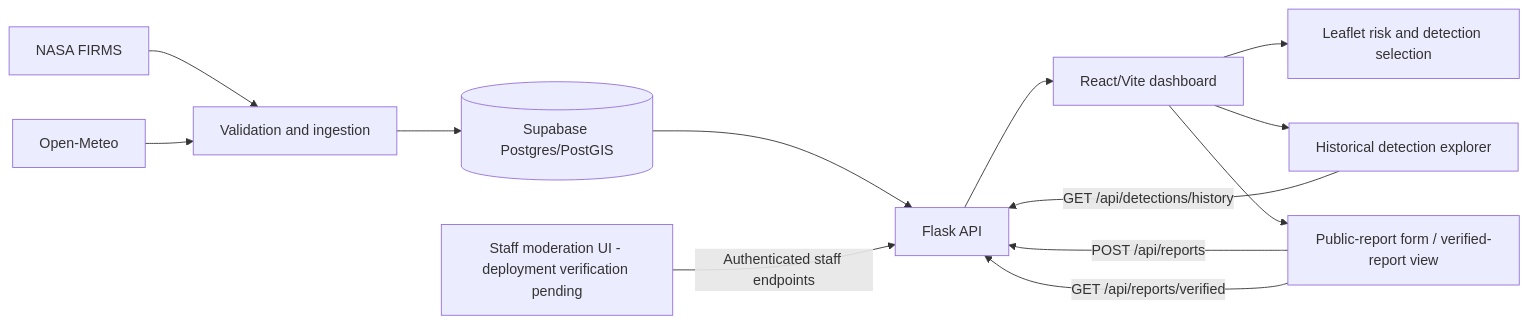
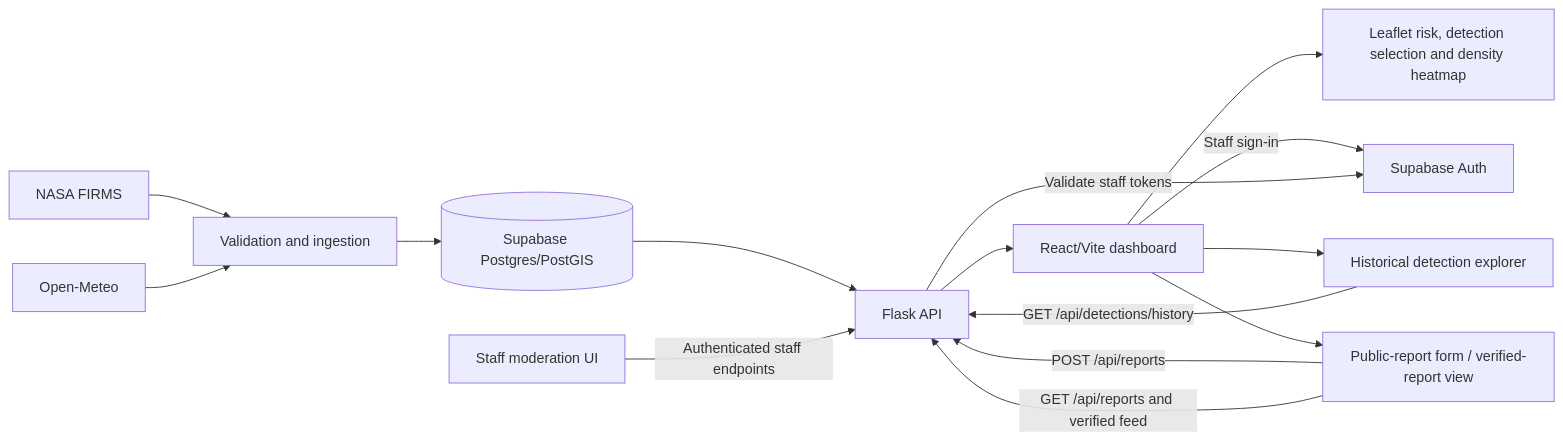
The diagram in docs/sprint6-integration-verification.md (RianaMalhotra/EmberWatch), drawn with Mermaid before and after one commit. The commit also changed other lines of this file, not shown here.

````diff
--- a/docs/sprint6-integration-verification.md
+++ b/docs/sprint6-integration-verification.md
@@ -19,15 +20,17 @@
 ```mermaid
 flowchart LR
   F[NASA FIRMS] --> I[Validation and ingestion]
   W[Open-Meteo] --> I
   I --> D[(Supabase Postgres/PostGIS)]
   D --> B[Flask API]
   B --> A[React/Vite dashboard]
-  A --> M[Leaflet risk and detection selection]
+  A --> M[Leaflet risk, detection selection and density heatmap]
+  A -->|Staff sign-in| AUTH[Supabase Auth]
+  B -->|Validate staff tokens| AUTH
   A --> H[Historical detection explorer]
   A --> P[Public-report form / verified-report view]
   H -->|GET /api/detections/history| B
   P -->|POST /api/reports| B
-  P -->|GET /api/reports/verified| B
-  S[Staff moderation UI - deployment verification pending] -->|Authenticated staff endpoints| B
+  P -->|GET /api/reports and verified feed| B
+  S[Staff moderation UI] -->|Authenticated staff endpoints| B
 ```
````
